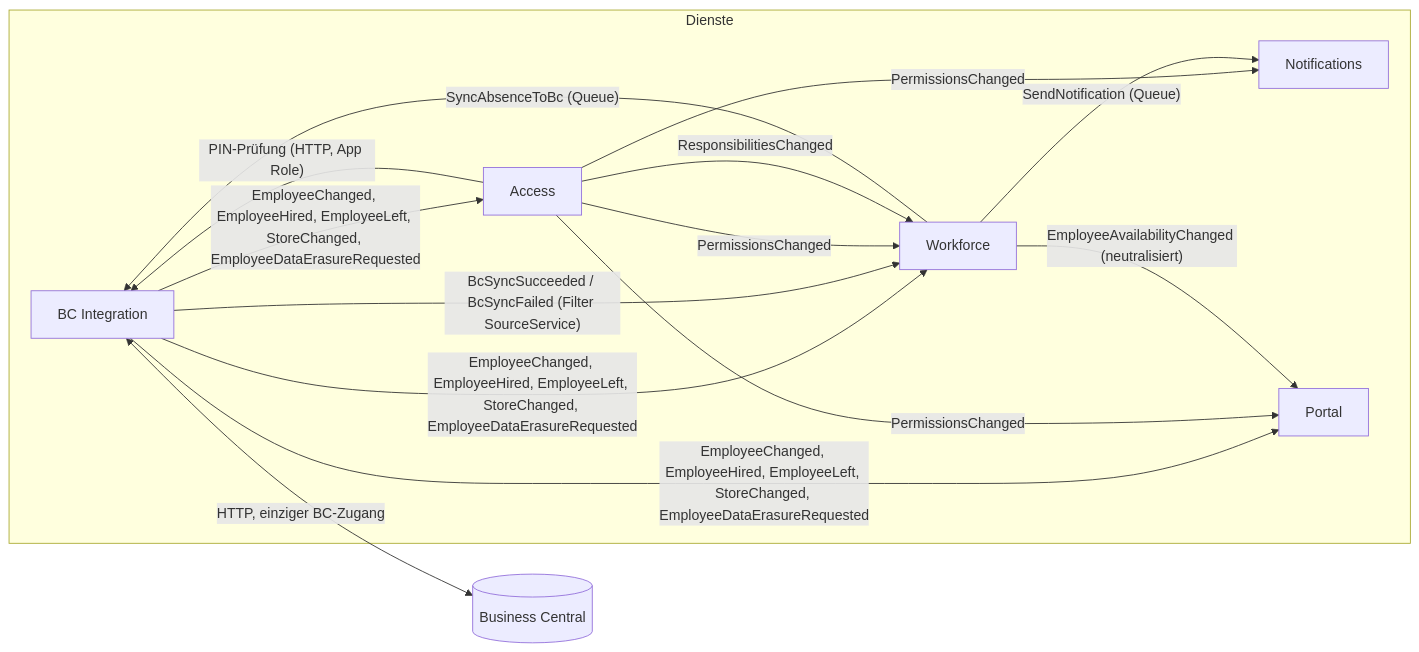
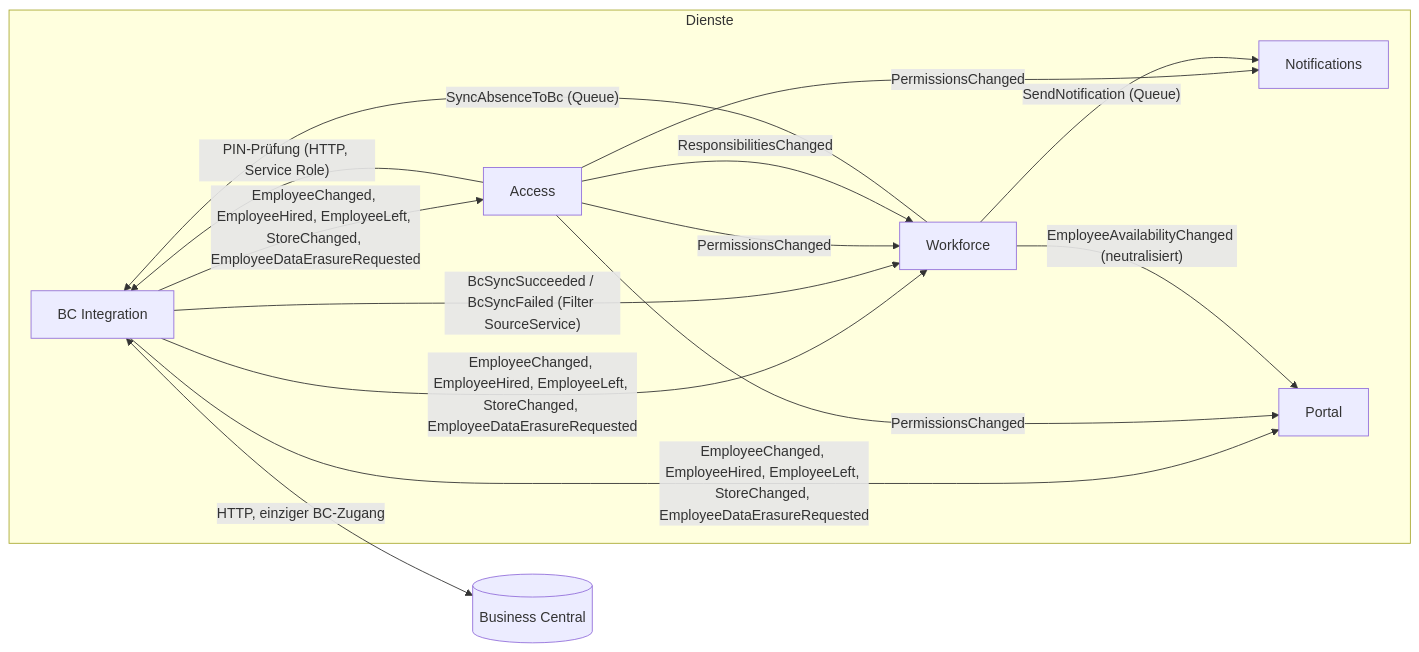
Before and after one commit to mAy-WGHN/NewWorld: the diagram in docs/architektur.md, drawn with Mermaid. The commit also changed other lines of this file and 48 other files, not shown here.

````diff
--- a/docs/architektur.md
+++ b/docs/architektur.md
@@ -7,20 +7,20 @@
 ```mermaid
 flowchart LR
     BC[(Business Central)]
     subgraph Dienste
         BCI[BC Integration]
         ACC[Access]
         NOT[Notifications]
         WF[Workforce]
         POR[Portal]
     end
     BCI <-->|HTTP, einziger BC-Zugang| BC
     BCI -- "EmployeeChanged, EmployeeHired, EmployeeLeft, StoreChanged, EmployeeDataErasureRequested" --> ACC & WF & POR
     BCI -- "BcSyncSucceeded / BcSyncFailed (Filter SourceService)" --> WF
     ACC -- "PermissionsChanged" --> WF & POR & NOT
     ACC -- "ResponsibilitiesChanged" --> WF
     WF -- "SyncAbsenceToBc (Queue)" --> BCI
     WF -- "SendNotification (Queue)" --> NOT
     WF -- "EmployeeAvailabilityChanged (neutralisiert)" --> POR
-    ACC -- "PIN-Prüfung (HTTP, App Role)" --> BCI
+    ACC -- "PIN-Prüfung (HTTP, Service Role)" --> BCI
 ```
````
